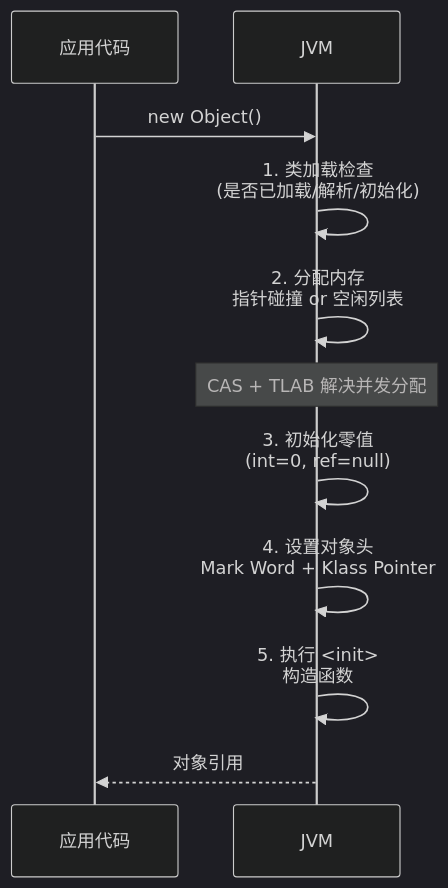
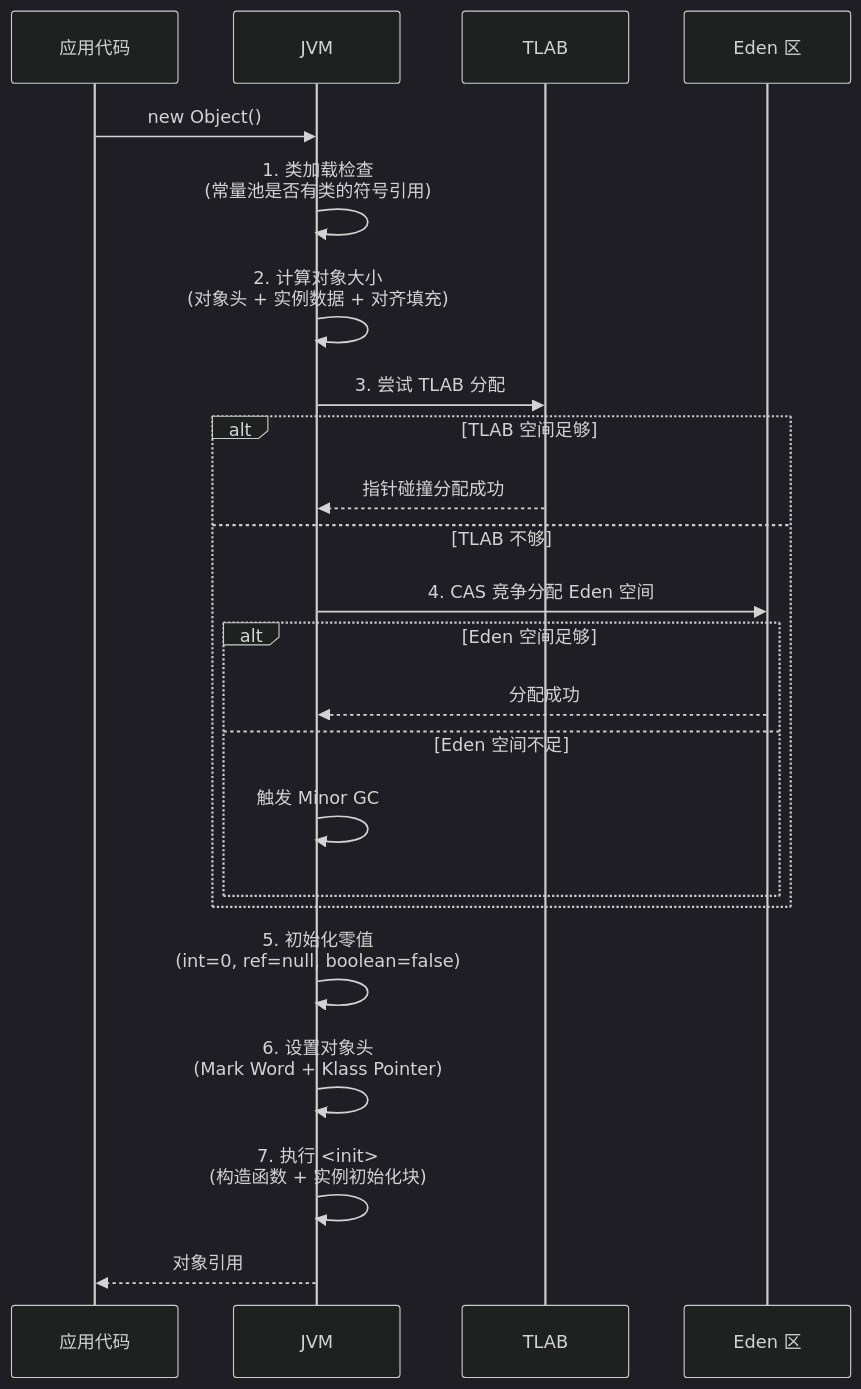
The third of 34 diagrams in document/strengthen/性能调优面试总结_增强版.md (qigao0787-ops/gq-test), drawn with Mermaid (dark theme) before and after one commit. The commit also changed other lines of this file, not shown here.

````diff
--- a/document/strengthen/性能调优面试总结_增强版.md
+++ b/document/strengthen/性能调优面试总结_增强版.md
@@ -111,14 +200,26 @@
 ```mermaid
 sequenceDiagram
     participant App as 应用代码
     participant JVM as JVM
+    participant TLAB as TLAB
+    participant Eden as Eden 区
 
     App->>JVM: new Object()
-    JVM->>JVM: 1. 类加载检查<br/>(是否已加载/解析/初始化)
-    JVM->>JVM: 2. 分配内存<br/>指针碰撞 or 空闲列表
-    Note over JVM: CAS + TLAB 解决并发分配
-    JVM->>JVM: 3. 初始化零值<br/>(int=0, ref=null)
-    JVM->>JVM: 4. 设置对象头<br/>Mark Word + Klass Pointer
-    JVM->>JVM: 5. 执行 <init><br/>构造函数
+    JVM->>JVM: 1. 类加载检查<br/>(常量池是否有类的符号引用)
+    JVM->>JVM: 2. 计算对象大小<br/>(对象头 + 实例数据 + 对齐填充)
+    JVM->>TLAB: 3. 尝试 TLAB 分配
+    alt TLAB 空间足够
+        TLAB-->>JVM: 指针碰撞分配成功
+    else TLAB 不够
+        JVM->>Eden: 4. CAS 竞争分配 Eden 空间
+        alt Eden 空间足够
+            Eden-->>JVM: 分配成功
+        else Eden 空间不足
+            JVM->>JVM: 触发 Minor GC
+        end
+    end
+    JVM->>JVM: 5. 初始化零值<br/>(int=0, ref=null, boolean=false)
+    JVM->>JVM: 6. 设置对象头<br/>(Mark Word + Klass Pointer)
+    JVM->>JVM: 7. 执行 <init><br/>(构造函数 + 实例初始化块)
     JVM-->>App: 对象引用
 ```
````
